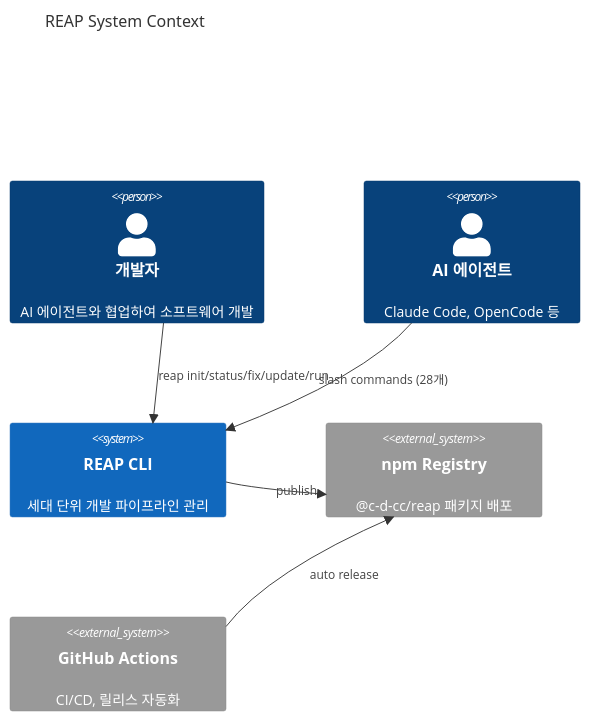
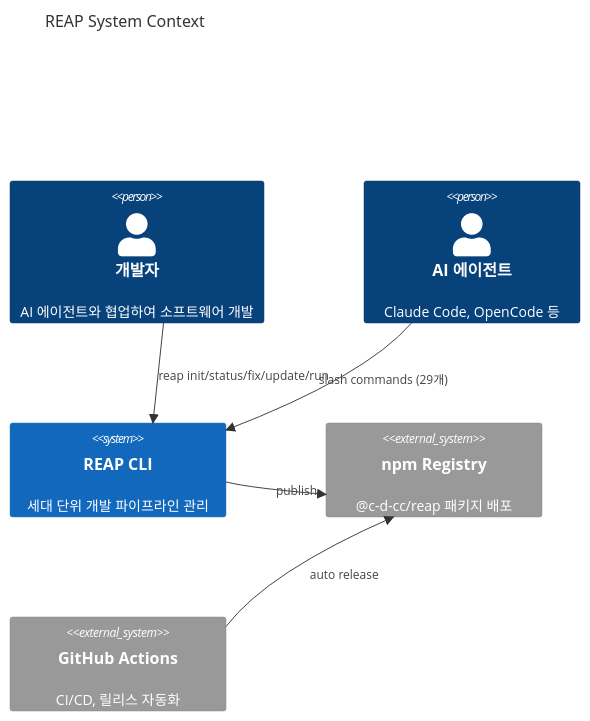
Before and after one commit to c-d-cc/reap: the first of 3 diagrams in .reap/genome/source-map.md, drawn with Mermaid. The commit also changed other lines of this file and 12 other files, not shown here.

````diff
--- a/.reap/genome/source-map.md
+++ b/.reap/genome/source-map.md
@@ -10,16 +10,16 @@
 ```mermaid
 C4Context
   title REAP System Context
 
   Person(user, "개발자", "AI 에이전트와 협업하여 소프트웨어 개발")
   Person(agent, "AI 에이전트", "Claude Code, OpenCode 등")
 
   System(reap, "REAP CLI", "세대 단위 개발 파이프라인 관리")
   System_Ext(npm, "npm Registry", "@c-d-cc/reap 패키지 배포")
   System_Ext(github, "GitHub Actions", "CI/CD, 릴리스 자동화")
 
   Rel(user, reap, "reap init/status/fix/update/run")
-  Rel(agent, reap, "slash commands (28개)")
+  Rel(agent, reap, "slash commands (29개)")
   Rel(reap, npm, "publish")
   Rel(github, npm, "auto release")
 ```
````
